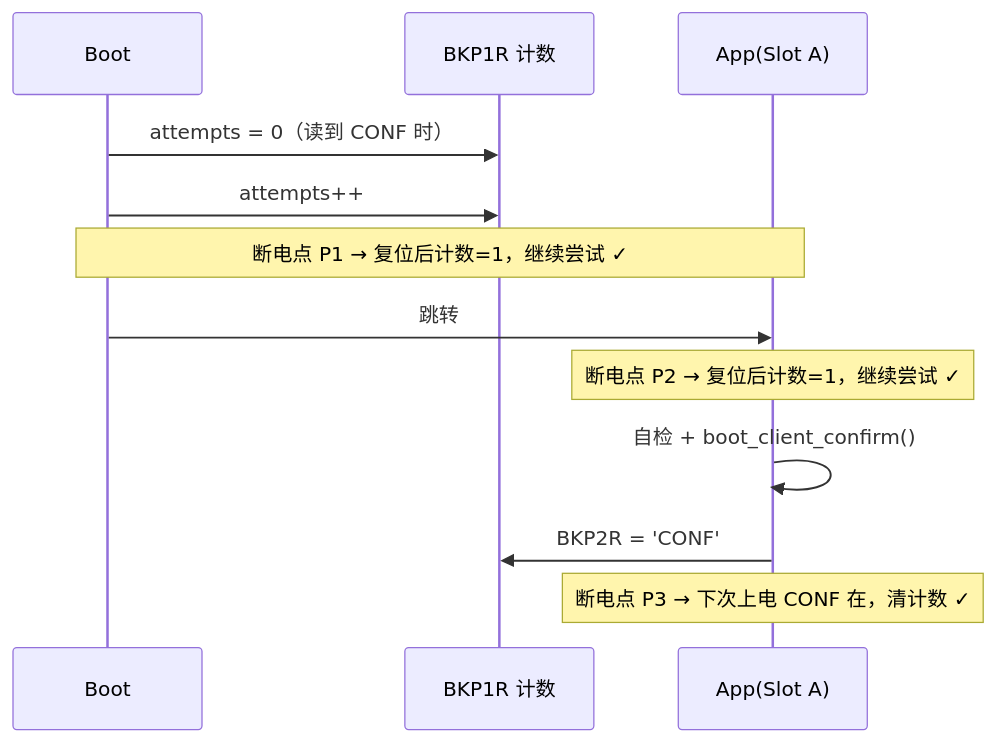
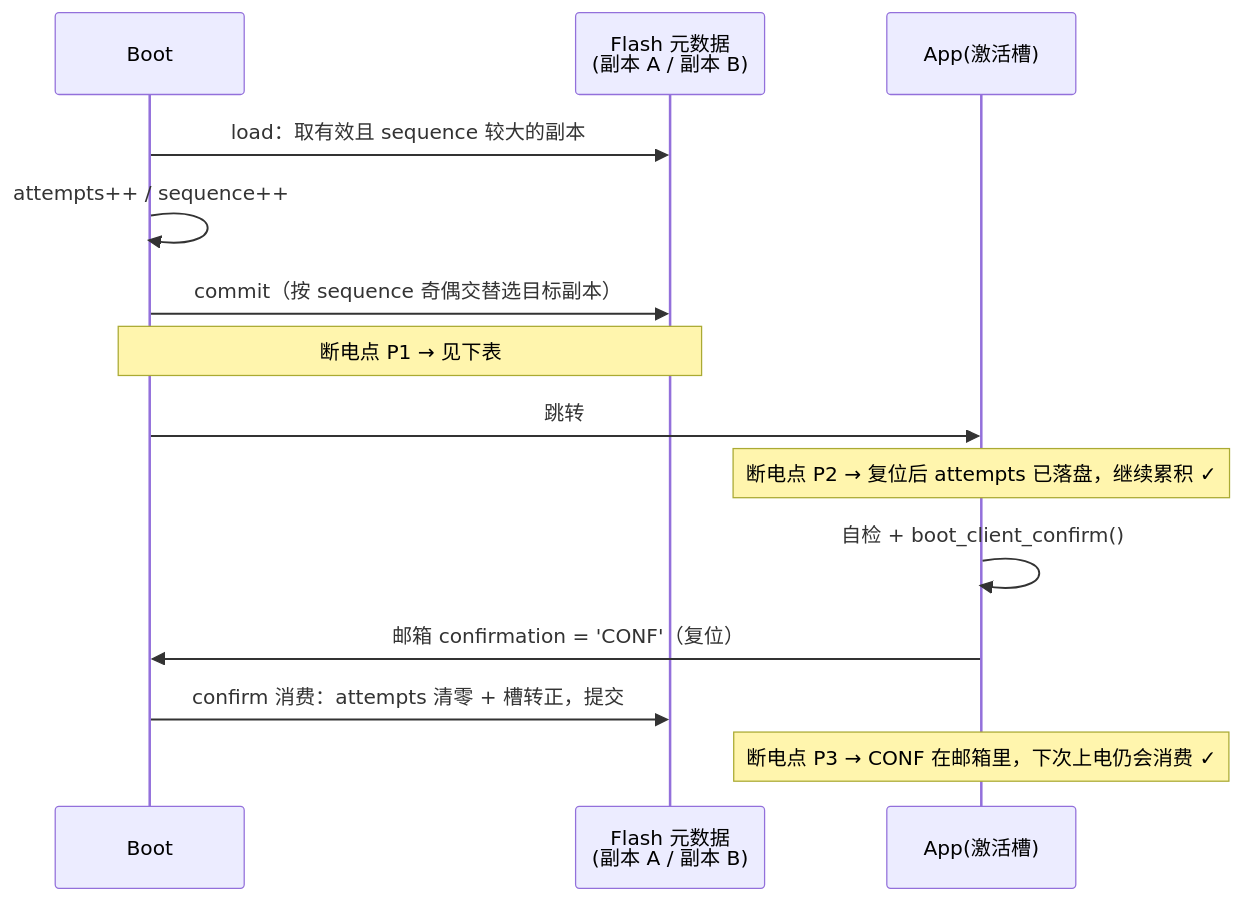
The diagram in docs/04-boot-implementation.md (1duck-duck1/cortex-m-ota-boot), drawn with Mermaid before and after one commit. The commit also changed other lines of this file and 3 other files, not shown here.

````diff
--- a/docs/04-boot-implementation.md
+++ b/docs/04-boot-implementation.md
@@ -167,15 +161,17 @@
 ```mermaid
 sequenceDiagram
     participant B as Boot
-    participant R as BKP1R 计数
-    participant A as App(Slot A)
+    participant F as Flash 元数据<br/>(副本 A / 副本 B)
+    participant A as App(激活槽)
 
-    B->>R: attempts = 0（读到 CONF 时）
-    B->>R: attempts++
-    Note over B,A: 断电点 P1 → 复位后计数=1，继续尝试 ✓
+    B->>F: load：取有效且 sequence 较大的副本
+    B->>B: attempts++ / sequence++
+    B->>F: commit（按 sequence 奇偶交替选目标副本）
+    Note over B,F: 断电点 P1 → 见下表
     B->>A: 跳转
-    Note over A: 断电点 P2 → 复位后计数=1，继续尝试 ✓
+    Note over A: 断电点 P2 → 复位后 attempts 已落盘，继续累积 ✓
     A->>A: 自检 + boot_client_confirm()
-    A->>R: BKP2R = 'CONF'
-    Note over A: 断电点 P3 → 下次上电 CONF 在，清计数 ✓
+    A->>B: 邮箱 confirmation = 'CONF'（复位）
+    B->>F: confirm 消费：attempts 清零 + 槽转正，提交
+    Note over A: 断电点 P3 → CONF 在邮箱里，下次上电仍会消费 ✓
 ```
````
